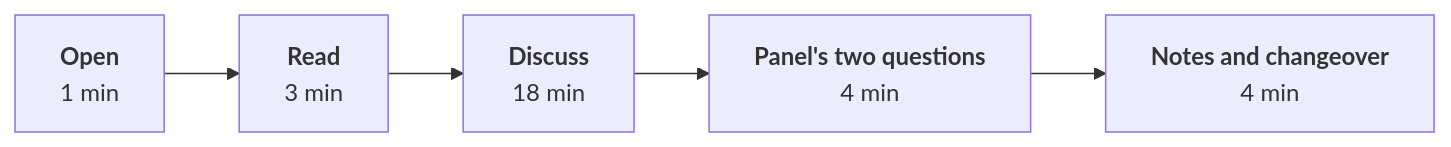
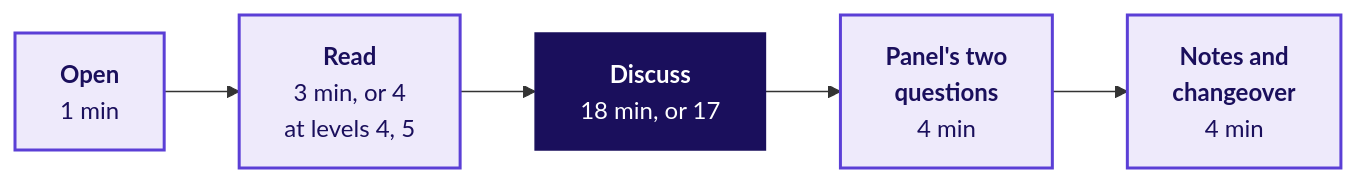
Before and after one commit to fde-academy-lab/c2-content-factory: the diagram in content/W03/D5/gd/C2_W03_D05_gd_facilitation_TRAINER.md, drawn with Mermaid. The commit also changed other lines of this file and 23 other files, not shown here.

````diff
--- a/content/W03/D5/gd/C2_W03_D05_gd_facilitation_TRAINER.md
+++ b/content/W03/D5/gd/C2_W03_D05_gd_facilitation_TRAINER.md
@@ -27,4 +52,8 @@
 ```mermaid
 flowchart LR
-    O["<b>Open</b><br/>1 min"] --> R["<b>Read</b><br/>3 min"] --> D["<b>Discuss</b><br/>18 min"] --> Q["<b>Panel's two questions</b><br/>4 min"] --> N["<b>Notes and changeover</b><br/>4 min"]
+    O["<b>Open</b><br/>1 min"] --> R["<b>Read</b><br/>3 min, or 4<br/>at levels 4, 5"] --> D["<b>Discuss</b><br/>18 min, or 17"] --> Q["<b>Panel's two<br/>questions</b><br/>4 min"] --> N["<b>Notes and<br/>changeover</b><br/>4 min"]
+    classDef known fill:#EEEAFB,stroke:#5B3FD6,color:#1A0F5C,stroke-width:2px
+    classDef dark fill:#1A0F5C,stroke:#1A0F5C,color:#FFFFFF
+    class O,R,Q,N known
+    class D dark
 ```
````
